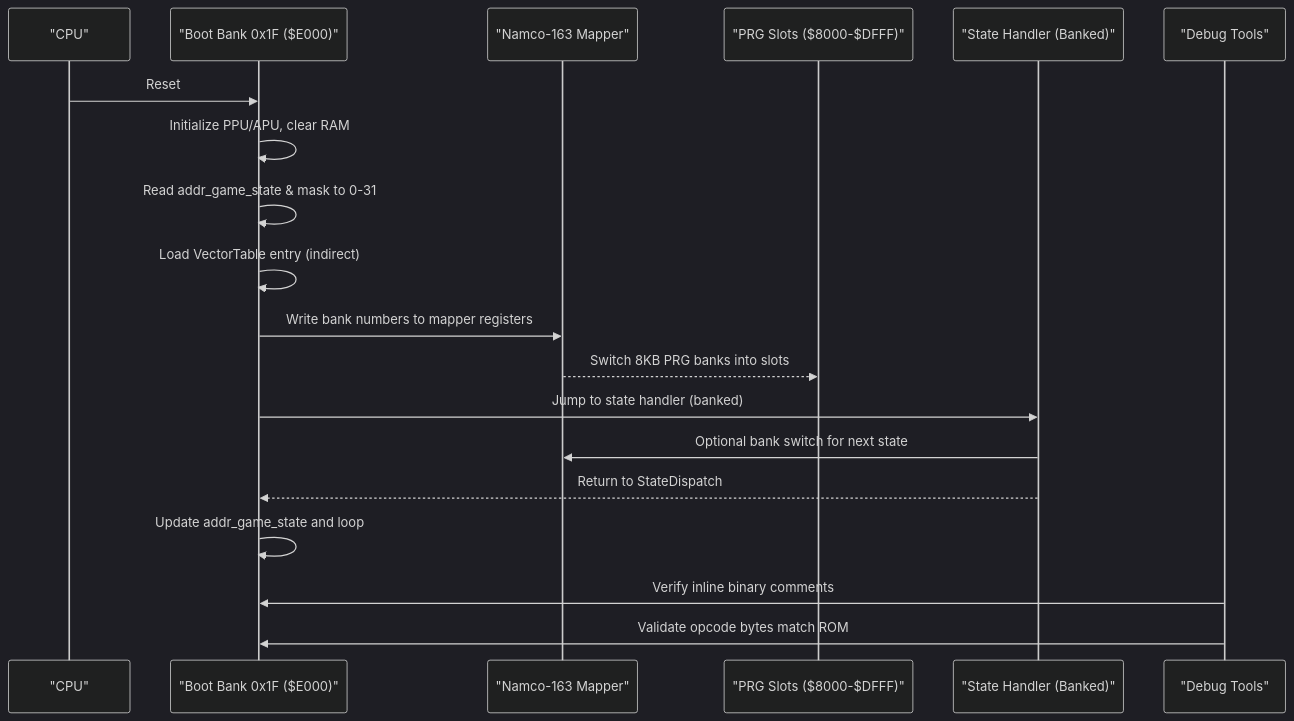
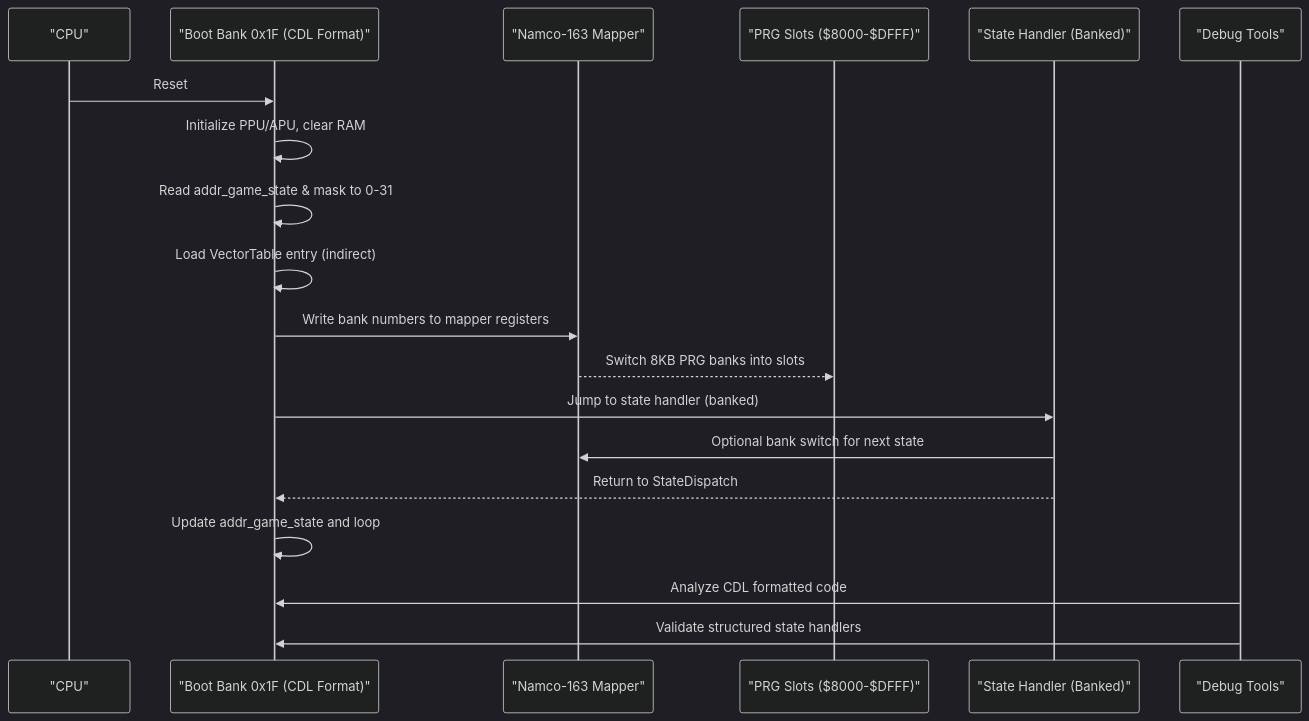
Before and after one commit to rabbyzero/sango2dasm: the second of 9 diagrams in .qoder/repowiki/en/content/Assembly Architecture/Assembly Architecture.md, drawn with Mermaid (dark theme). The commit also changed other lines of this file and 8 other files, not shown here.

````diff
--- a/.qoder/repowiki/en/content/Assembly Architecture/Assembly Architecture.md
+++ b/.qoder/repowiki/en/content/Assembly Architecture/Assembly Architecture.md
@@ -136,21 +121,21 @@
 ```mermaid
 sequenceDiagram
 participant CPU as "CPU"
-participant BOOT as "Boot Bank 0x1F ($E000)"
+participant BOOT as "Boot Bank 0x1F (CDL Format)"
 participant MAP as "Namco-163 Mapper"
 participant SLOTS as "PRG Slots ($8000-$DFFF)"
 participant STATE as "State Handler (Banked)"
 participant DEBUG as "Debug Tools"
 CPU->>BOOT : Reset
 BOOT->>BOOT : Initialize PPU/APU, clear RAM
 BOOT->>BOOT : Read addr_game_state & mask to 0-31
 BOOT->>BOOT : Load VectorTable entry (indirect)
 BOOT->>MAP : Write bank numbers to mapper registers
 MAP-->>SLOTS : Switch 8KB PRG banks into slots
 BOOT->>STATE : Jump to state handler (banked)
 STATE->>MAP : Optional bank switch for next state
 STATE-->>BOOT : Return to StateDispatch
 BOOT->>BOOT : Update addr_game_state and loop
-DEBUG->>BOOT : Verify inline binary comments
-DEBUG->>BOOT : Validate opcode bytes match ROM
+DEBUG->>BOOT : Analyze CDL formatted code
+DEBUG->>BOOT : Validate structured state handlers
 ```
````
